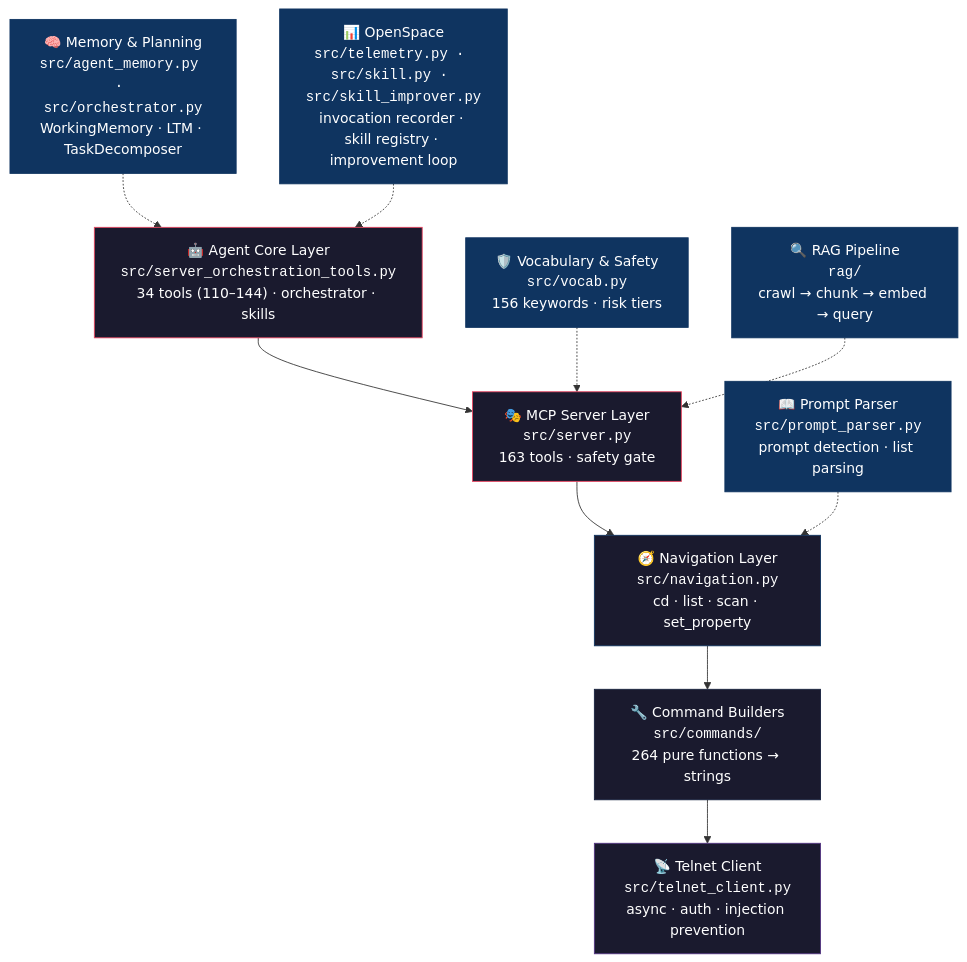
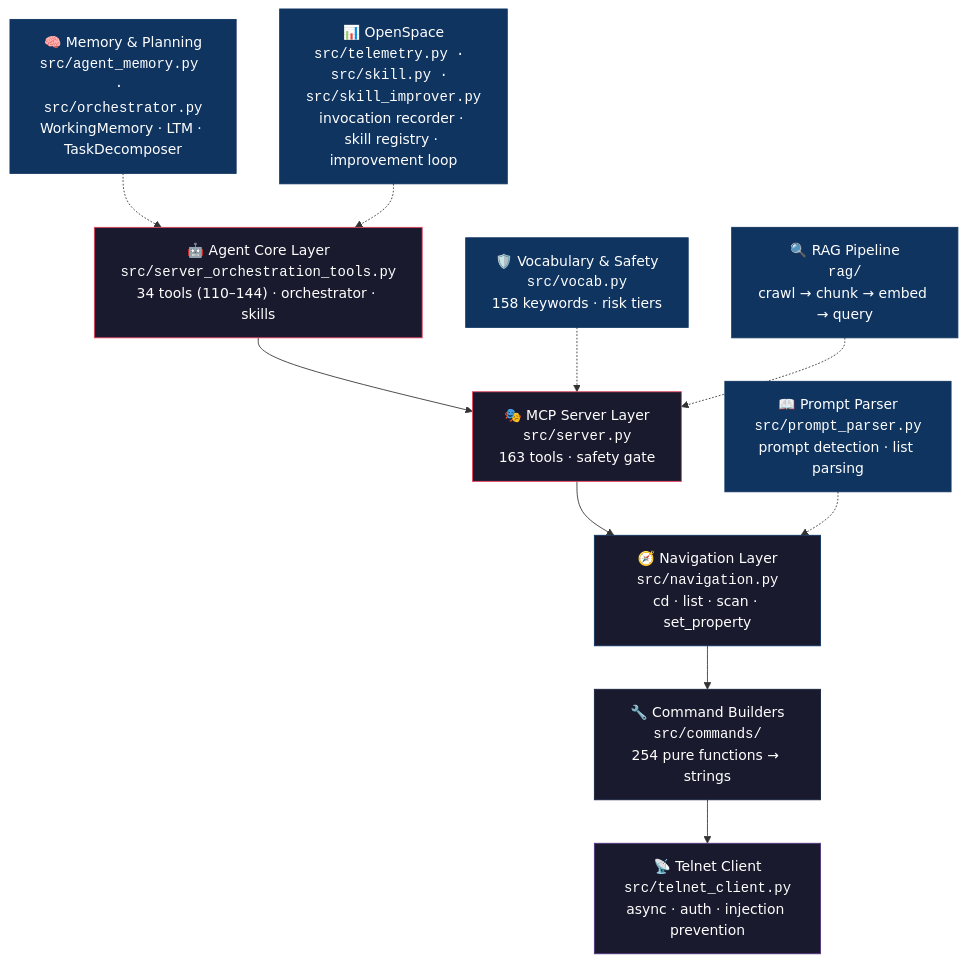
One commit to thisis-romar/ma2-onPC-MCP changed the first of 2 diagrams in README.md. Above: the diagram before and after it, drawn with Mermaid. The commit also changed other lines of this file and 3 other files, not shown here.

````diff
--- a/README.md
+++ b/README.md
@@ -71,25 +71,25 @@
 ```mermaid
 graph TD
     H["🤖 Agent Core Layer<br/><code>src/server_orchestration_tools.py</code><br/>34 tools (110–144) · orchestrator · skills"] --> A
     A["🎭 MCP Server Layer<br/><code>src/server.py</code><br/>163 tools · safety gate"] --> B
     B["🧭 Navigation Layer<br/><code>src/navigation.py</code><br/>cd · list · scan · set_property"] --> C
-    C["🔧 Command Builders<br/><code>src/commands/</code><br/>264 pure functions → strings"] --> D
+    C["🔧 Command Builders<br/><code>src/commands/</code><br/>254 pure functions → strings"] --> D
     D["📡 Telnet Client<br/><code>src/telnet_client.py</code><br/>async · auth · injection prevention"]
 
     E["📖 Prompt Parser<br/><code>src/prompt_parser.py</code><br/>prompt detection · list parsing"] -.-> B
-    F["🛡️ Vocabulary & Safety<br/><code>src/vocab.py</code><br/>156 keywords · risk tiers"] -.-> A
+    F["🛡️ Vocabulary & Safety<br/><code>src/vocab.py</code><br/>158 keywords · risk tiers"] -.-> A
     G["🔍 RAG Pipeline<br/><code>rag/</code><br/>crawl → chunk → embed → query"] -.-> A
     I["🧠 Memory & Planning<br/><code>src/agent_memory.py · src/orchestrator.py</code><br/>WorkingMemory · LTM · TaskDecomposer"] -.-> H
     J["📊 OpenSpace<br/><code>src/telemetry.py · src/skill.py · src/skill_improver.py</code><br/>invocation recorder · skill registry · improvement loop"] -.-> H
 
     style H fill:#1a1a2e,stroke:#e94560,color:#fff
     style A fill:#1a1a2e,stroke:#e94560,color:#fff
     style B fill:#1a1a2e,stroke:#0f3460,color:#fff
     style C fill:#1a1a2e,stroke:#16213e,color:#fff
     style D fill:#1a1a2e,stroke:#533483,color:#fff
     style E fill:#0f3460,stroke:#0f3460,color:#fff
     style F fill:#0f3460,stroke:#0f3460,color:#fff
     style G fill:#0f3460,stroke:#0f3460,color:#fff
     style I fill:#0f3460,stroke:#0f3460,color:#fff
     style J fill:#0f3460,stroke:#0f3460,color:#fff
 ```
````
